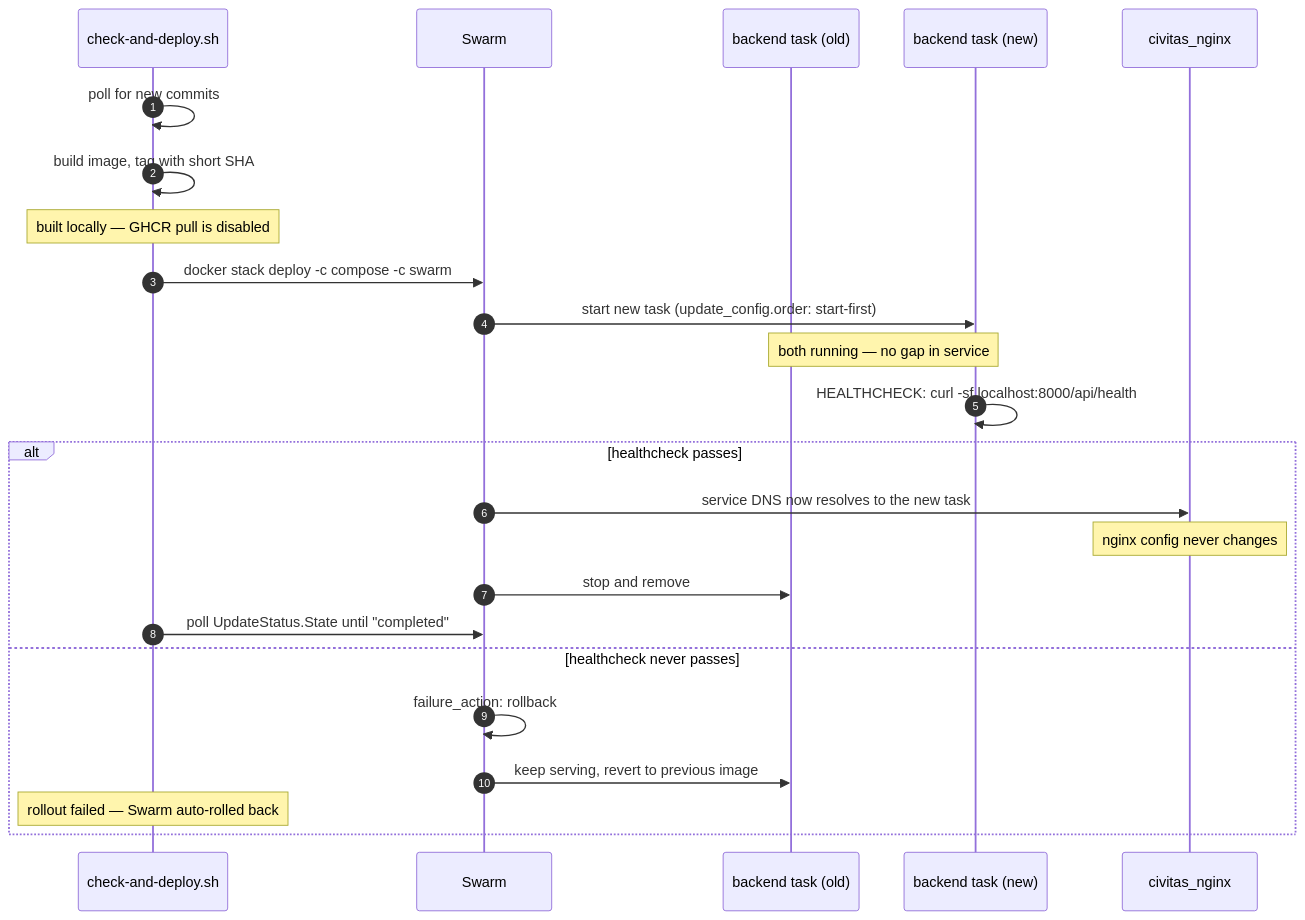
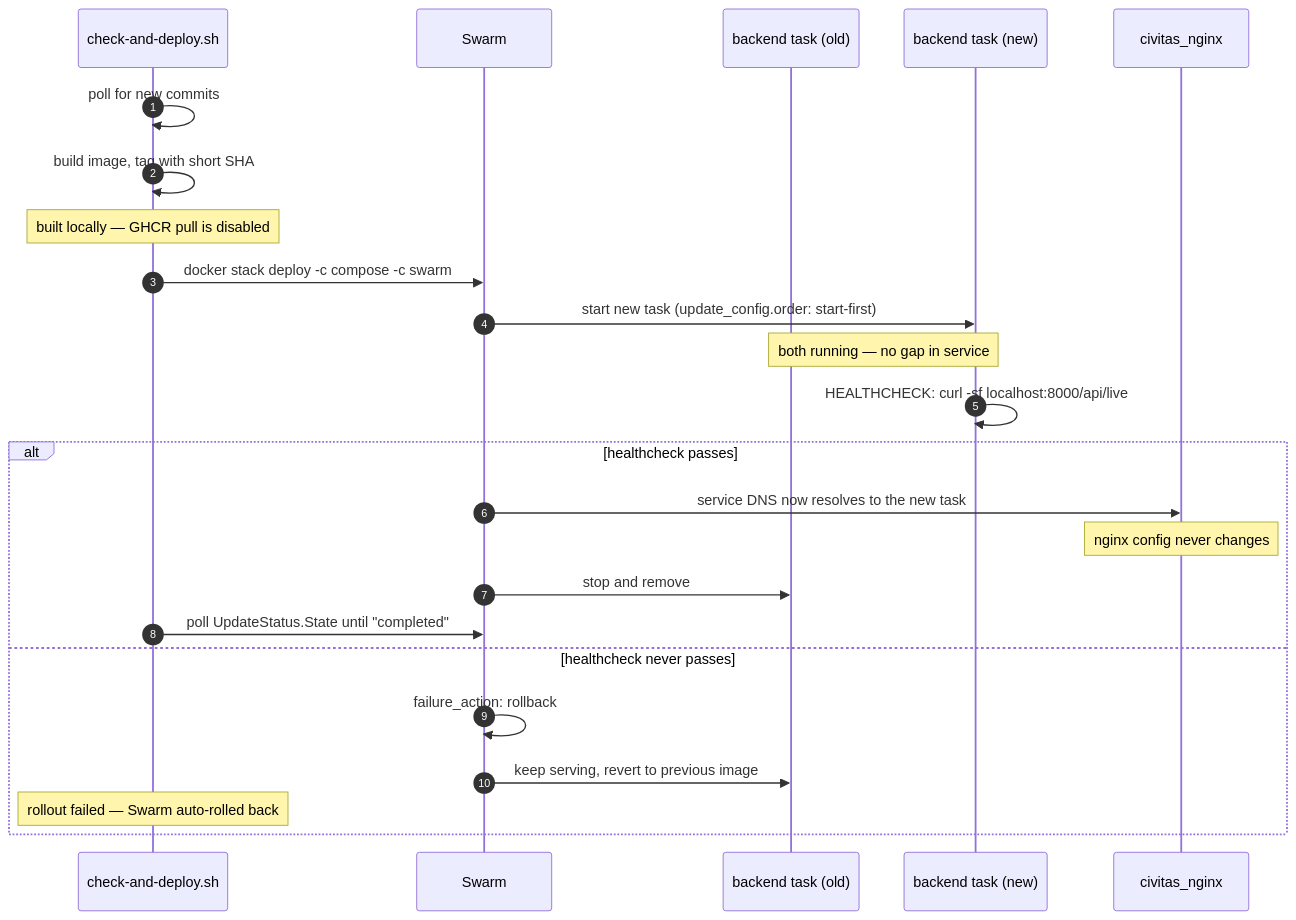
The second of 2 diagrams in docs/diagrams/08-deployment.md (kamoras/civitas), drawn with Mermaid before and after one commit. The commit also changed 7 other files, not shown here.

First line of the commit message:
Container health check reads /api/live, which doesn't wait on llama-server

````diff
--- a/docs/diagrams/08-deployment.md
+++ b/docs/diagrams/08-deployment.md
@@ -56,29 +56,29 @@
 ```mermaid
 sequenceDiagram
     autonumber
     participant Cron as check-and-deploy.sh
     participant Swarm
     participant Old as backend task (old)
     participant New as backend task (new)
     participant Nginx as civitas_nginx
 
     Cron->>Cron: poll for new commits
     Cron->>Cron: build image, tag with short SHA
     Note over Cron: built locally — GHCR pull is disabled
     Cron->>Swarm: docker stack deploy -c compose -c swarm
 
     Swarm->>New: start new task (update_config.order: start-first)
     Note over Old,New: both running — no gap in service
-    New->>New: HEALTHCHECK: curl -sf localhost:8000/api/health
+    New->>New: HEALTHCHECK: curl -sf localhost:8000/api/live
 
     alt healthcheck passes
         Swarm->>Nginx: service DNS now resolves to the new task
         Note over Nginx: nginx config never changes
         Swarm->>Old: stop and remove
         Cron->>Swarm: poll UpdateStatus.State until "completed"
     else healthcheck never passes
         Swarm->>Swarm: failure_action: rollback
         Swarm->>Old: keep serving, revert to previous image
         Note over Cron: rollout failed — Swarm auto-rolled back
     end
 ```
````
